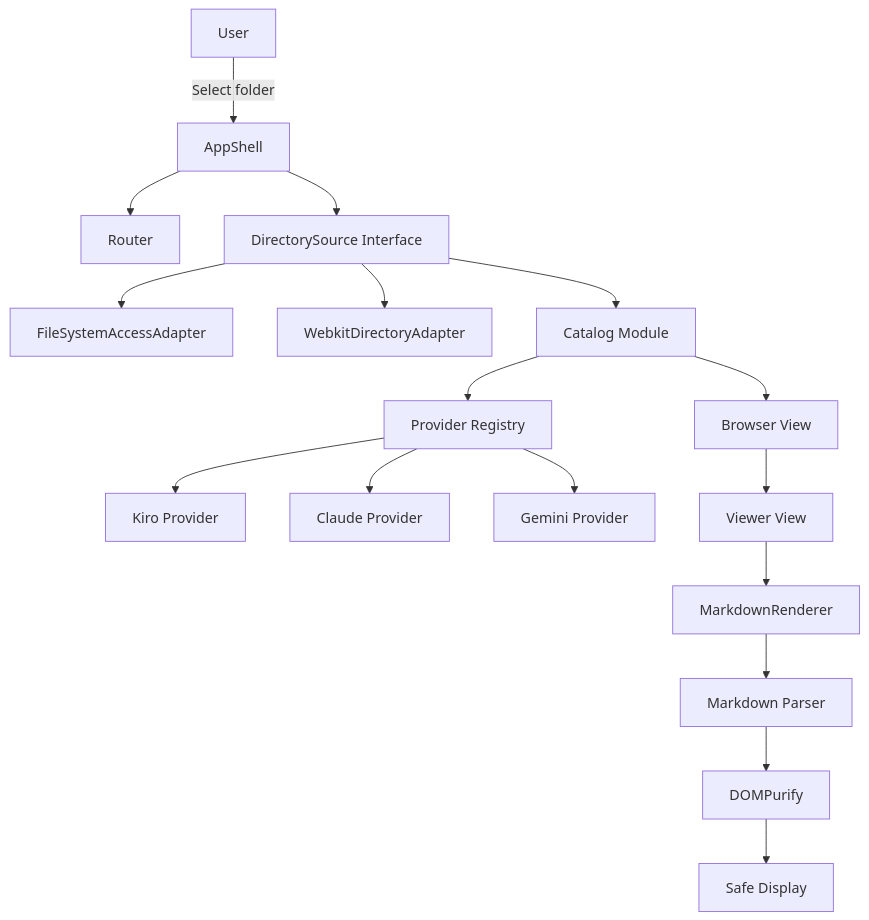
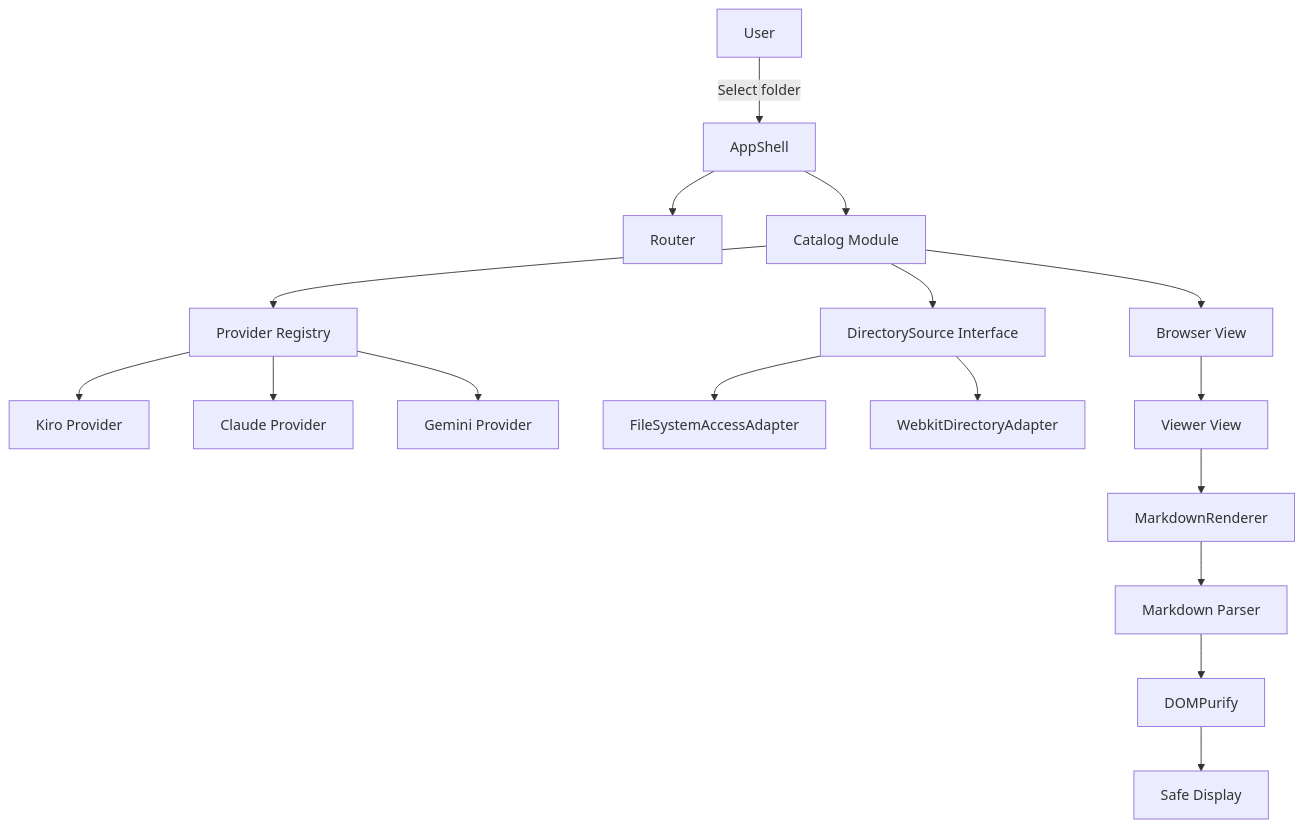
Before and after one commit to xzyozi/agent-config-viewer: the diagram in docs/design/ACV-BD-001_基本設計書.md, drawn with Mermaid. The commit also changed other lines of this file and 2 other files, not shown here.

````diff
--- a/docs/design/ACV-BD-001_基本設計書.md
+++ b/docs/design/ACV-BD-001_基本設計書.md
@@ -59,19 +59,19 @@
 ```mermaid
 flowchart TD
     User[User] -->|Select folder| AppShell[AppShell]
     AppShell --> Router[Router]
-    AppShell --> Source[DirectorySource Interface]
-    Source --> FsAdapter[FileSystemAccessAdapter]
-    Source --> FallbackAdapter[WebkitDirectoryAdapter]
-    Source --> Catalog[Catalog Module]
+    AppShell --> Catalog[Catalog Module]
     Catalog --> Providers[Provider Registry]
     Providers --> Kiro[Kiro Provider]
     Providers --> Claude[Claude Provider]
     Providers --> Gemini[Gemini Provider]
+    Catalog --> Source[DirectorySource Interface]
+    Source --> FsAdapter[FileSystemAccessAdapter]
+    Source --> FallbackAdapter[WebkitDirectoryAdapter]
     Catalog --> BrowserView[Browser View]
     BrowserView --> ViewerView[Viewer View]
     ViewerView --> Renderer[MarkdownRenderer]
     Renderer --> Parser[Markdown Parser]
     Parser --> Sanitizer[DOMPurify]
     Sanitizer --> Display[Safe Display]
 ```
````
